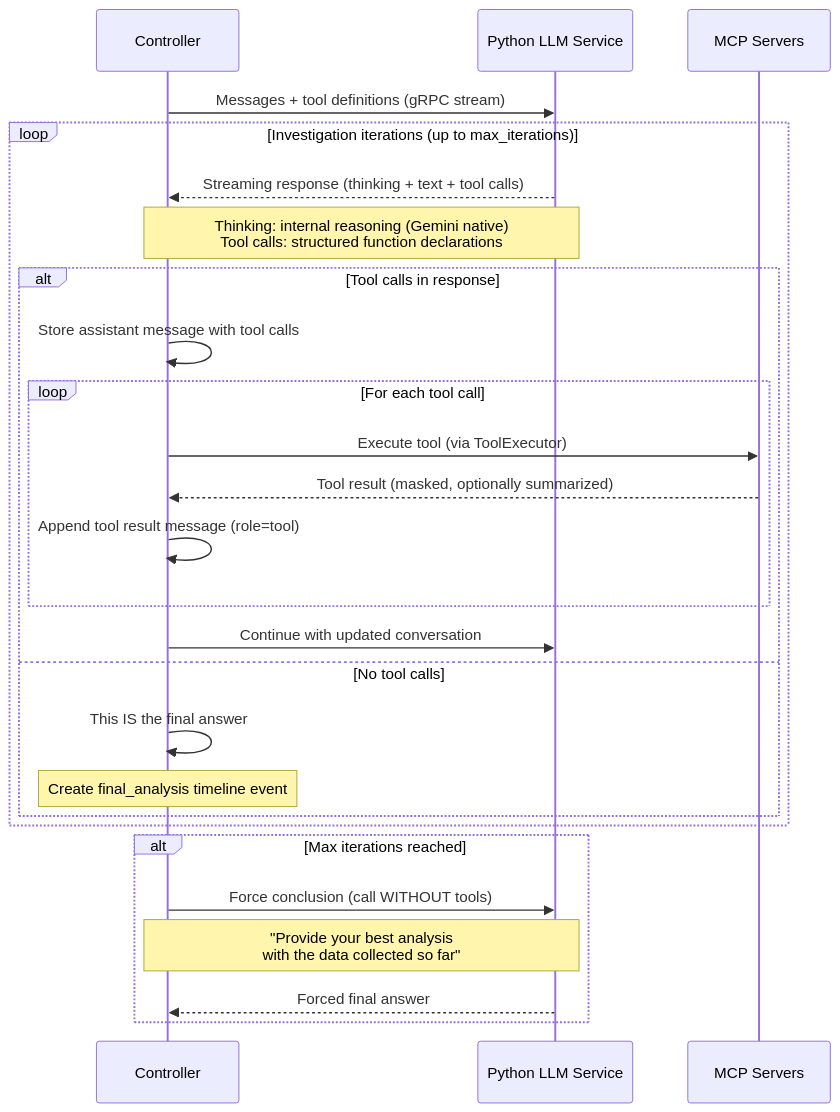
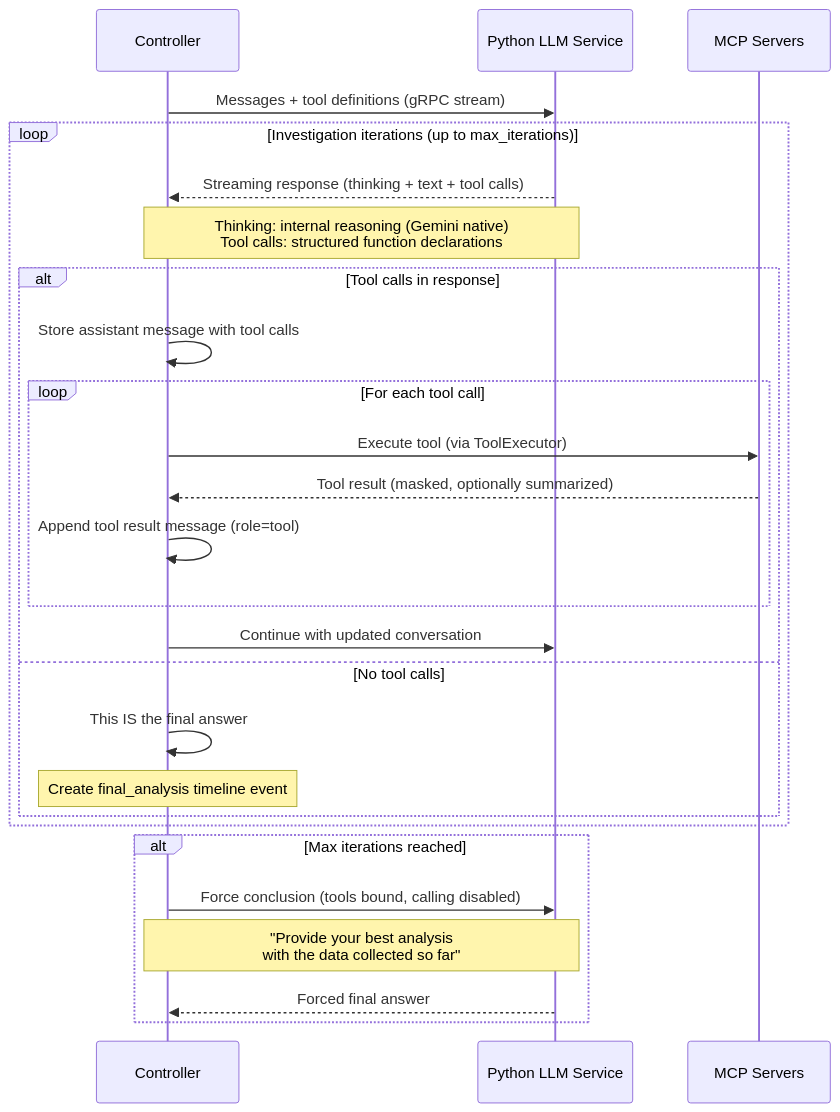
One commit to codeready-toolchain/tarsy changed the fourth of 6 diagrams in docs/architecture-overview.md. Above: the diagram before and after it, drawn with Mermaid. The commit also changed other lines of this file and 19 other files, not shown here.

````diff
--- a/docs/architecture-overview.md
+++ b/docs/architecture-overview.md
@@ -331,32 +331,32 @@
 ```mermaid
 sequenceDiagram
     participant C as Controller
     participant LLM as Python LLM Service
     participant MCP as MCP Servers
 
     C->>LLM: Messages + tool definitions (gRPC stream)
 
     loop Investigation iterations (up to max_iterations)
         LLM-->>C: Streaming response (thinking + text + tool calls)
         Note over LLM,C: Thinking: internal reasoning (Gemini native)<br/>Tool calls: structured function declarations
 
         alt Tool calls in response
             C->>C: Store assistant message with tool calls
             loop For each tool call
                 C->>MCP: Execute tool (via ToolExecutor)
                 MCP-->>C: Tool result (masked, optionally summarized)
                 C->>C: Append tool result message (role=tool)
             end
             C->>LLM: Continue with updated conversation
         else No tool calls
             C->>C: This IS the final answer
             Note over C: Create final_analysis timeline event
         end
     end
 
     alt Max iterations reached
-        C->>LLM: Force conclusion (call WITHOUT tools)
+        C->>LLM: Force conclusion (tools bound, calling disabled)
         Note over C,LLM: "Provide your best analysis<br/>with the data collected so far"
         LLM-->>C: Forced final answer
     end
 ```
````
